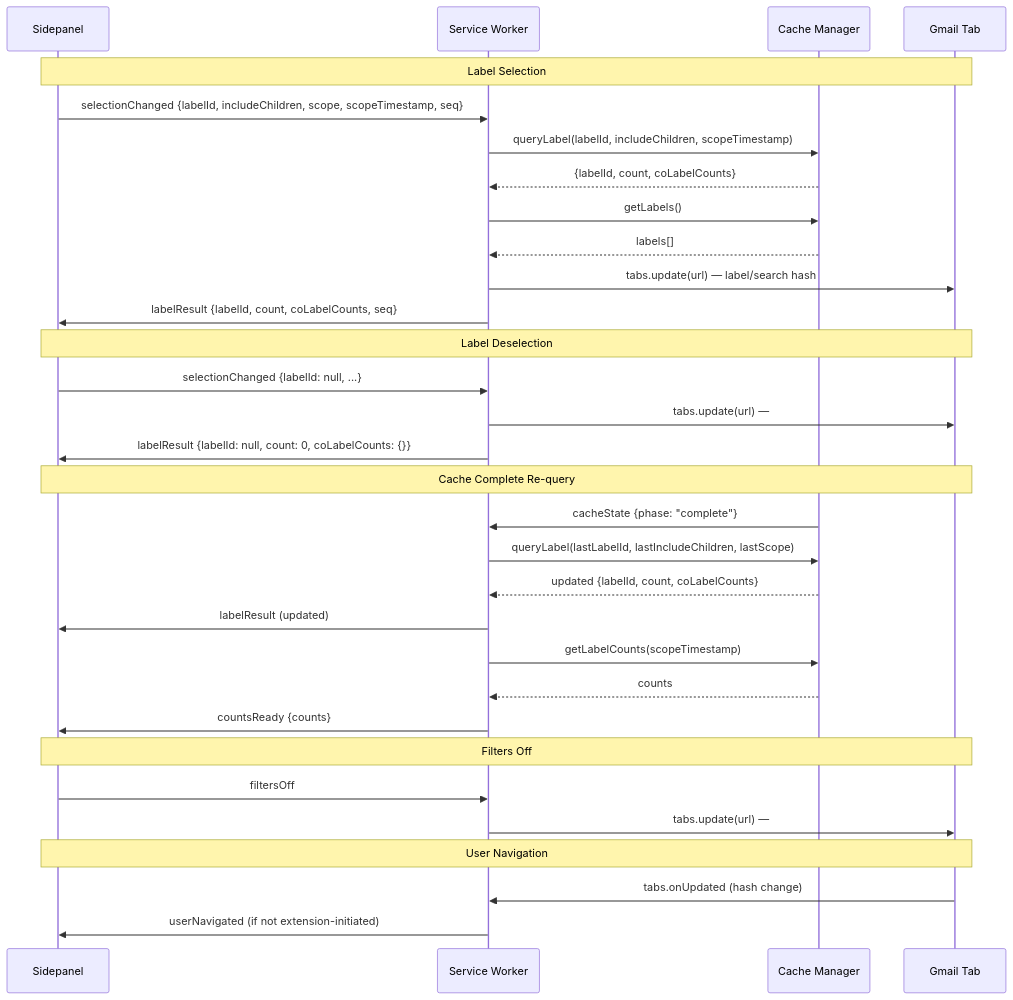
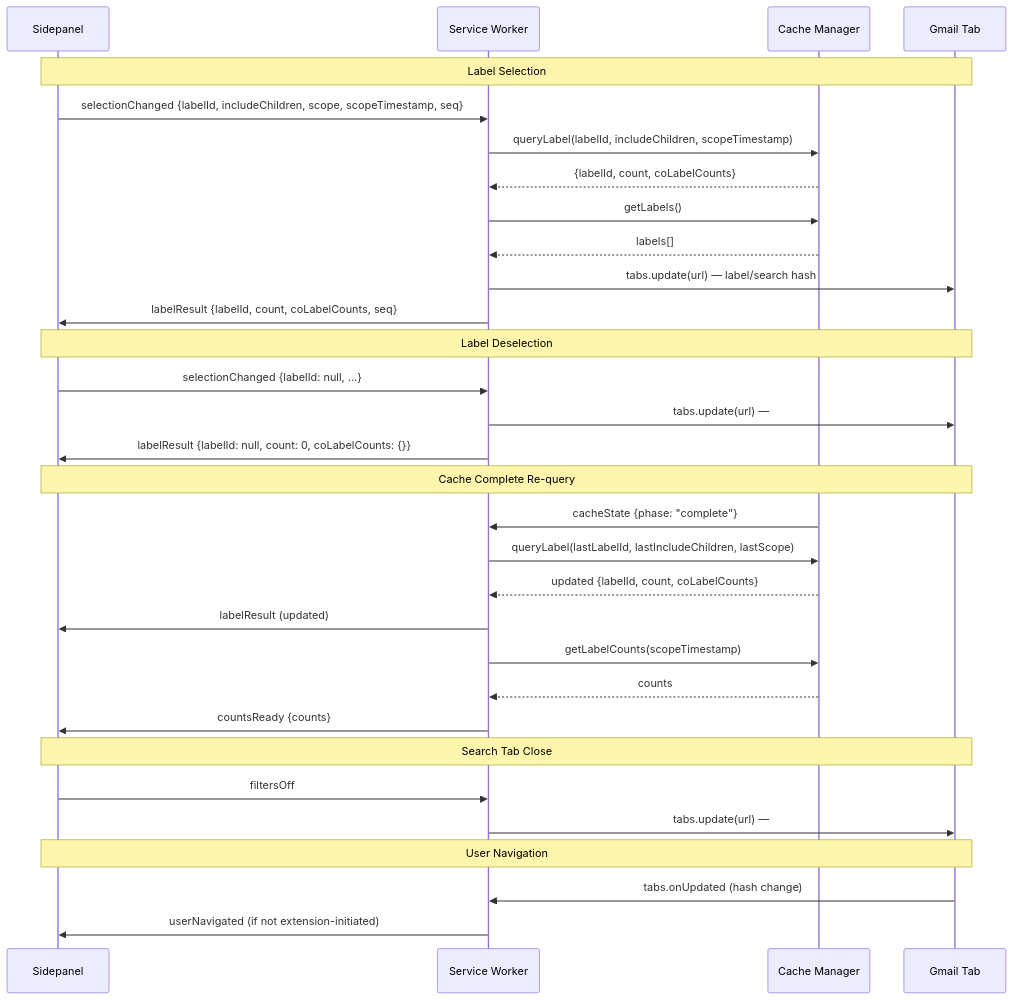
Before and after one commit to AnotherSava/chrome-assistant: the diagram in docs/pages/label-selection-change.mmd, drawn with Mermaid. The commit also changed 7 other files, not shown here.

First line of the commit message:
refactor: extract search tab, rename Filters to Search

```diff
--- a/docs/pages/label-selection-change.mmd
+++ b/docs/pages/label-selection-change.mmd
@@ -1,36 +1,36 @@
 sequenceDiagram
     participant SP as Sidepanel
     participant SW as Service Worker
     participant CM as Cache Manager
     participant Gmail as Gmail Tab
 
     Note over SP,Gmail: Label Selection
     SP->>SW: selectionChanged {labelId, includeChildren, scope, scopeTimestamp, seq}
     SW->>CM: queryLabel(labelId, includeChildren, scopeTimestamp)
     CM-->>SW: {labelId, count, coLabelCounts}
     SW->>CM: getLabels()
     CM-->>SW: labels[]
     SW->>Gmail: tabs.update(url) — label/search hash
     SW->>SP: labelResult {labelId, count, coLabelCounts, seq}
 
     Note over SP,Gmail: Label Deselection
     SP->>SW: selectionChanged {labelId: null, ...}
     SW->>Gmail: tabs.update(url) — #all or scoped search
     SW->>SP: labelResult {labelId: null, count: 0, coLabelCounts: {}}
 
     Note over SP,Gmail: Cache Complete Re-query
     CM->>SW: cacheState {phase: "complete"}
     SW->>CM: queryLabel(lastLabelId, lastIncludeChildren, lastScope)
     CM-->>SW: updated {labelId, count, coLabelCounts}
     SW->>SP: labelResult (updated)
     SW->>CM: getLabelCounts(scopeTimestamp)
     CM-->>SW: counts
     SW->>SP: countsReady {counts}
 
-    Note over SP,Gmail: Filters Off
+    Note over SP,Gmail: Search Tab Close
     SP->>SW: filtersOff
     SW->>Gmail: tabs.update(url) — #inbox
 
     Note over SP,Gmail: User Navigation
     Gmail->>SW: tabs.onUpdated (hash change)
     SW->>SP: userNavigated (if not extension-initiated)
```
